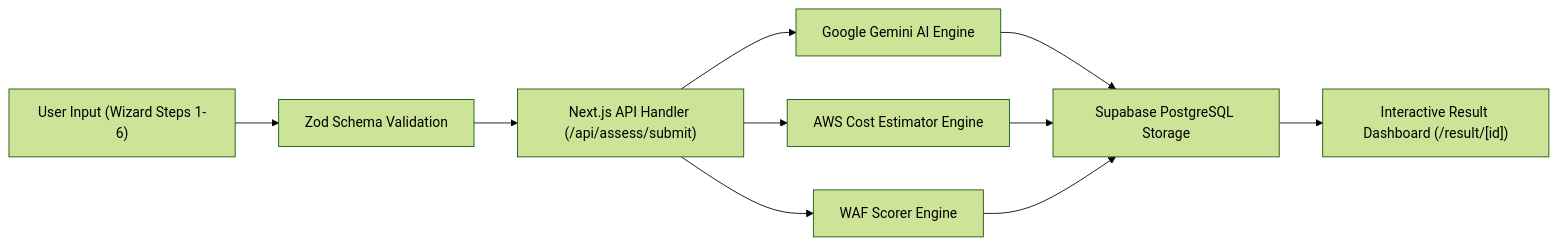
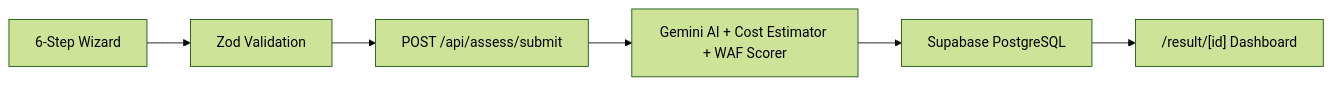
One commit to AZWALUWU/arch-advisor changed the third of 3 diagrams in README.md. Above: the diagram before and after it, drawn with Mermaid (forest theme). The commit also changed other lines of this file and 3 other files, not shown here.

````diff
--- a/README.md
+++ b/README.md
@@ -118,12 +163,8 @@
 ```mermaid
 flowchart LR
-    A["User Input (Wizard Steps 1-6)"] --> B["Zod Schema Validation"]
-    B --> C["Next.js API Handler (/api/assess/submit)"]
-    C --> D["Google Gemini AI Engine"]
-    C --> E["AWS Cost Estimator Engine"]
-    C --> F["WAF Scorer Engine"]
-    D --> G["Supabase PostgreSQL Storage"]
-    E --> G
-    F --> G
-    G --> H["Interactive Result Dashboard (/result/[id])"]
+    A["6-Step Wizard"] --> B["Zod Validation"]
+    B --> C["POST /api/assess/submit"]
+    C --> D["Gemini AI + Cost Estimator + WAF Scorer"]
+    D --> E["Supabase PostgreSQL"]
+    E --> F["/result/[id] Dashboard"]
 ```
````
